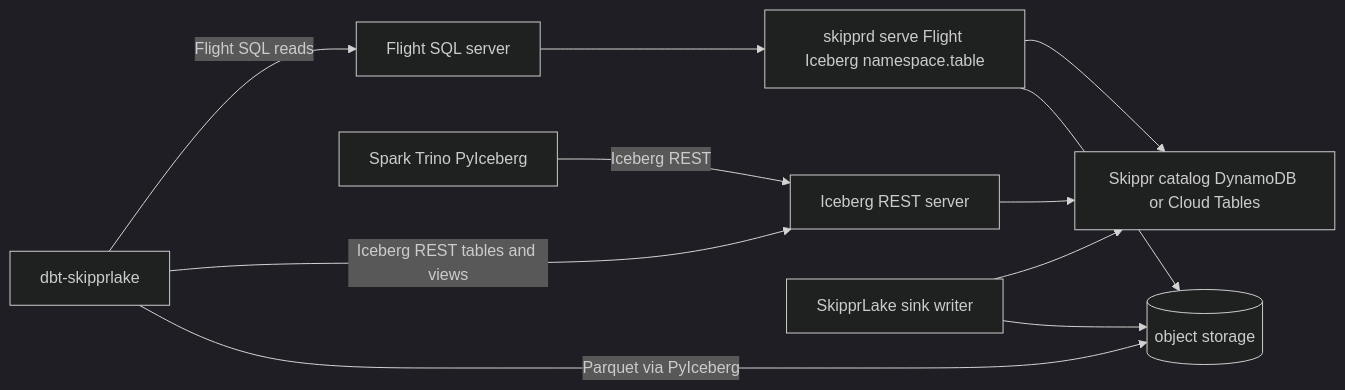
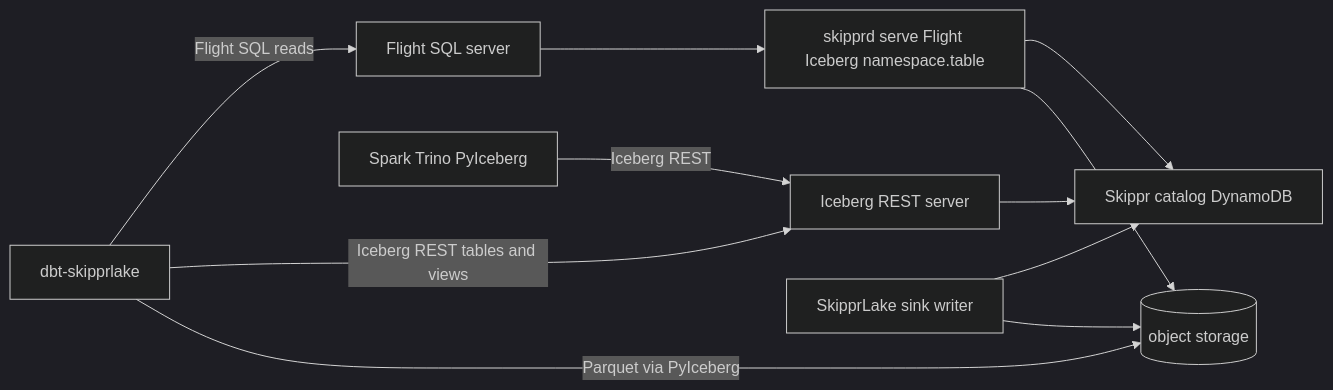
Before and after one commit to skipprd/skipprd: the diagram in docs/docs/maintainers/skipprlake-dbt-rest.md, drawn with Mermaid (dark theme). The commit also changed other lines of this file and 50 other files, not shown here.

Commit message:
Delete the experimental CloudTables Skippr Store so clustered WAL and SkipprLake catalogs have only sled and DynamoDB.

````diff
--- a/docs/docs/maintainers/skipprlake-dbt-rest.md
+++ b/docs/docs/maintainers/skipprlake-dbt-rest.md
@@ -63,13 +63,13 @@
 ```mermaid
 flowchart LR
   dbt[dbt-skipprlake] -->|Flight SQL reads| flight[Flight SQL server]
   dbt -->|Iceberg REST tables and views| rest[Iceberg REST server]
   dbt -->|Parquet via PyIceberg| store[(object storage)]
   spark[Spark Trino PyIceberg] -->|Iceberg REST| rest
   flight --> engine[skipprd serve Flight Iceberg namespace.table]
-  rest --> cat[Skippr catalog DynamoDB or Cloud Tables]
+  rest --> cat[Skippr catalog DynamoDB]
   engine --> cat
   engine --> store
   sink[SkipprLake sink writer] --> cat
   sink --> store
 ```
````
